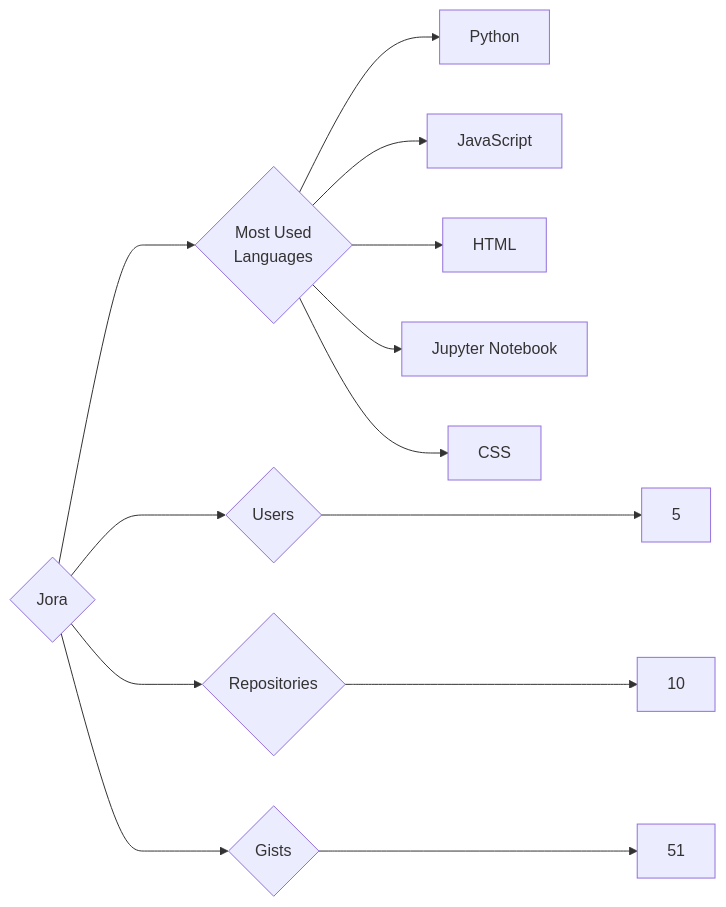
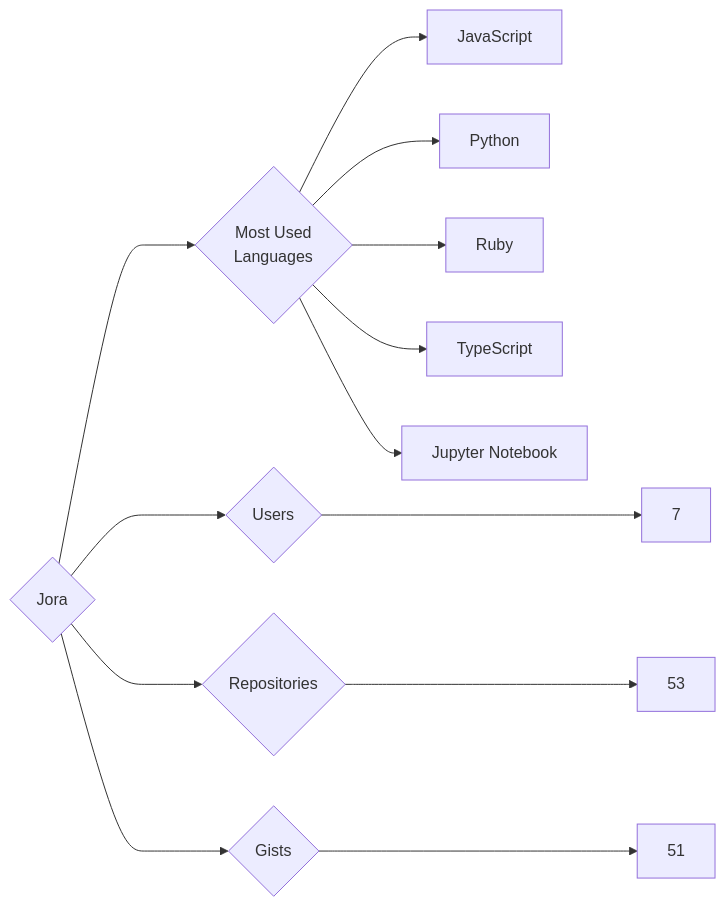
One commit to trickest/insiders changed the diagram in targets/Jora/README.md. Above: the diagram before and after it, drawn with Mermaid. The commit also changed 639 other files, not shown here.

````diff
--- a/targets/Jora/README.md
+++ b/targets/Jora/README.md
@@ -3,13 +3,13 @@
 ```mermaid
 graph LR
 COMPANY_NAME{Jora}
-COMPANY_NAME ---> U{Users} ---> UN[5]
-COMPANY_NAME ---> R{Repositories} ---> RN[10]
+COMPANY_NAME ---> U{Users} ---> UN[7]
+COMPANY_NAME ---> R{Repositories} ---> RN[53]
 COMPANY_NAME ---> G{Gists} ---> GN[51]
 COMPANY_NAME ---> ML{Most Used<br>Languages}
+ML --> JavaScript[JavaScript]
 ML --> Python[Python]
-ML --> JavaScript[JavaScript]
-ML --> HTML[HTML]
+ML --> Ruby[Ruby]
+ML --> TypeScript[TypeScript]
 ML --> Jupyter_Notebook[Jupyter Notebook]
-ML --> CSS[CSS]
 ```
````
